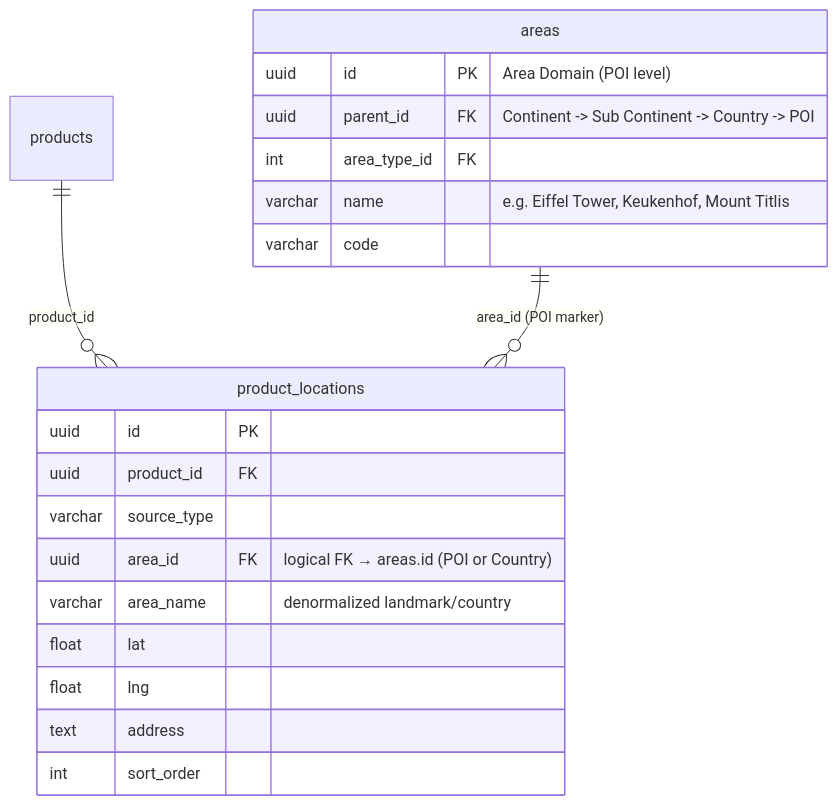
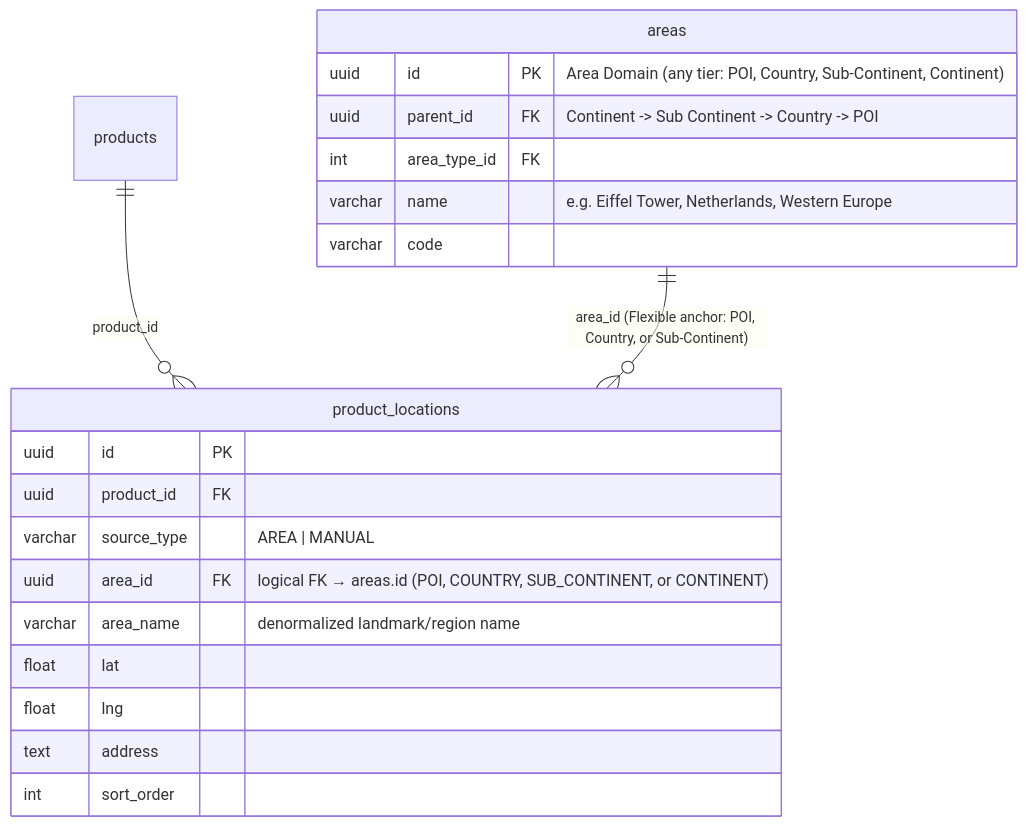
Before and after one commit to Haris-saifudin/hobiholidays-documentations: the fifth of 8 diagrams in technical/product-technical-design.md, drawn with Mermaid. The commit also changed other lines of this file and 15 other files, not shown here.

````diff
--- a/technical/product-technical-design.md
+++ b/technical/product-technical-design.md
@@ -752,25 +765,25 @@
 ```mermaid
 erDiagram
     areas {
-        uuid      id             PK "Area Domain (POI level)"
+        uuid      id             PK "Area Domain (any tier: POI, Country, Sub-Continent, Continent)"
         uuid      parent_id      FK "Continent -> Sub Continent -> Country -> POI"
         int       area_type_id   FK
-        varchar   name           "e.g. Eiffel Tower, Keukenhof, Mount Titlis"
+        varchar   name           "e.g. Eiffel Tower, Netherlands, Western Europe"
         varchar   code
     }
 
     product_locations {
         uuid      id          PK
         uuid      product_id  FK
-        varchar   source_type
-        uuid      area_id     FK "logical FK → areas.id (POI or Country)"
-        varchar   area_name   "denormalized landmark/country"
+        varchar   source_type "AREA | MANUAL"
+        uuid      area_id     FK "logical FK → areas.id (POI, COUNTRY, SUB_CONTINENT, or CONTINENT)"
+        varchar   area_name   "denormalized landmark/region name"
         float     lat
         float     lng
         text      address
         int       sort_order
     }
 
     products ||--o{ product_locations : "product_id"
-    areas    ||--o{ product_locations : "area_id (POI marker)"
+    areas    ||--o{ product_locations : "area_id (Flexible anchor: POI, Country, or Sub-Continent)"
 ```
````
